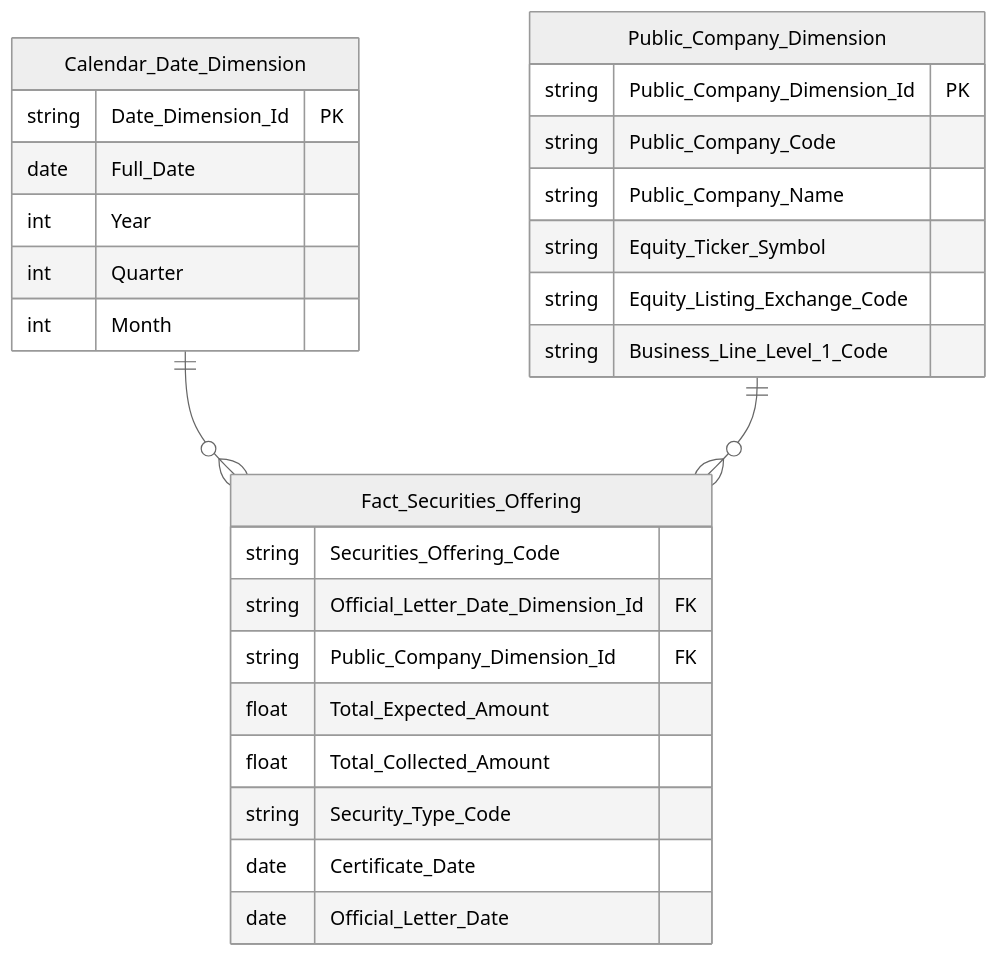
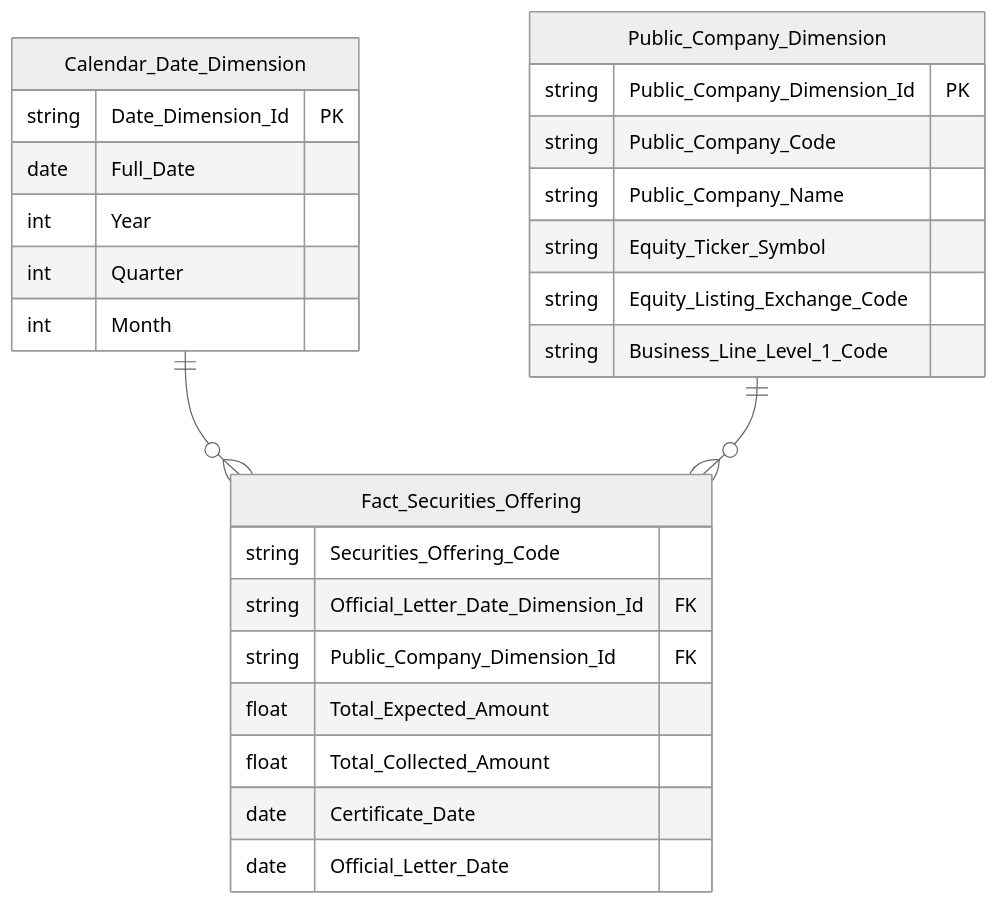
Before and after one commit to linhlvit/ubck_atomic_design: the sixth of 22 diagrams in Datamart/hld/DTM_QLCB_HLD.md, drawn with Mermaid (neutral theme). The commit also changed other lines of this file and 17 other files, not shown here.

````diff
--- a/Datamart/hld/DTM_QLCB_HLD.md
+++ b/Datamart/hld/DTM_QLCB_HLD.md
@@ -211,31 +288,30 @@
 ```mermaid
 erDiagram
     Calendar_Date_Dimension {
         string Date_Dimension_Id PK
         date Full_Date
         int Year
         int Quarter
         int Month
     }
     Public_Company_Dimension {
         string Public_Company_Dimension_Id PK
         string Public_Company_Code
         string Public_Company_Name
         string Equity_Ticker_Symbol
         string Equity_Listing_Exchange_Code
         string Business_Line_Level_1_Code
     }
     Fact_Securities_Offering {
         string Securities_Offering_Code
         string Official_Letter_Date_Dimension_Id FK
         string Public_Company_Dimension_Id FK
         float Total_Expected_Amount
         float Total_Collected_Amount
-        string Security_Type_Code
         date Certificate_Date
         date Official_Letter_Date
     }
 
     Calendar_Date_Dimension ||--o{ Fact_Securities_Offering : " "
     Public_Company_Dimension ||--o{ Fact_Securities_Offering : " "
 ```
````
